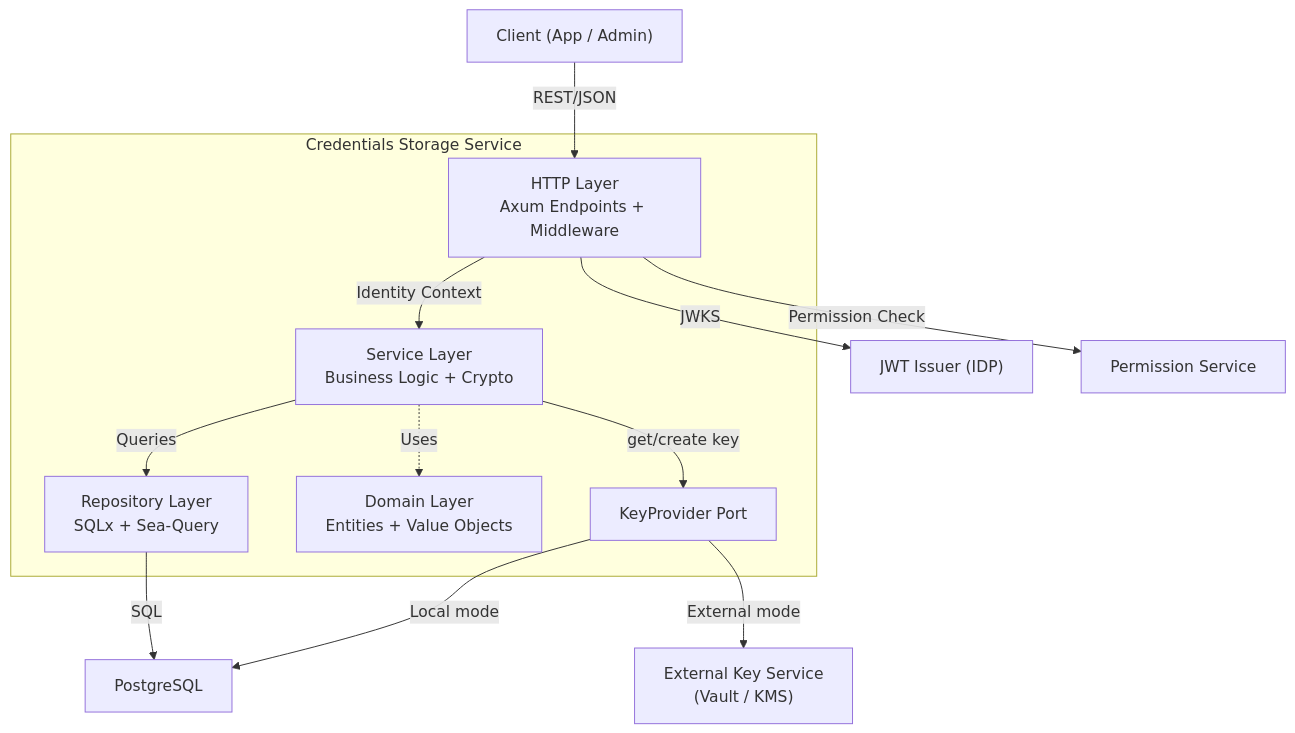
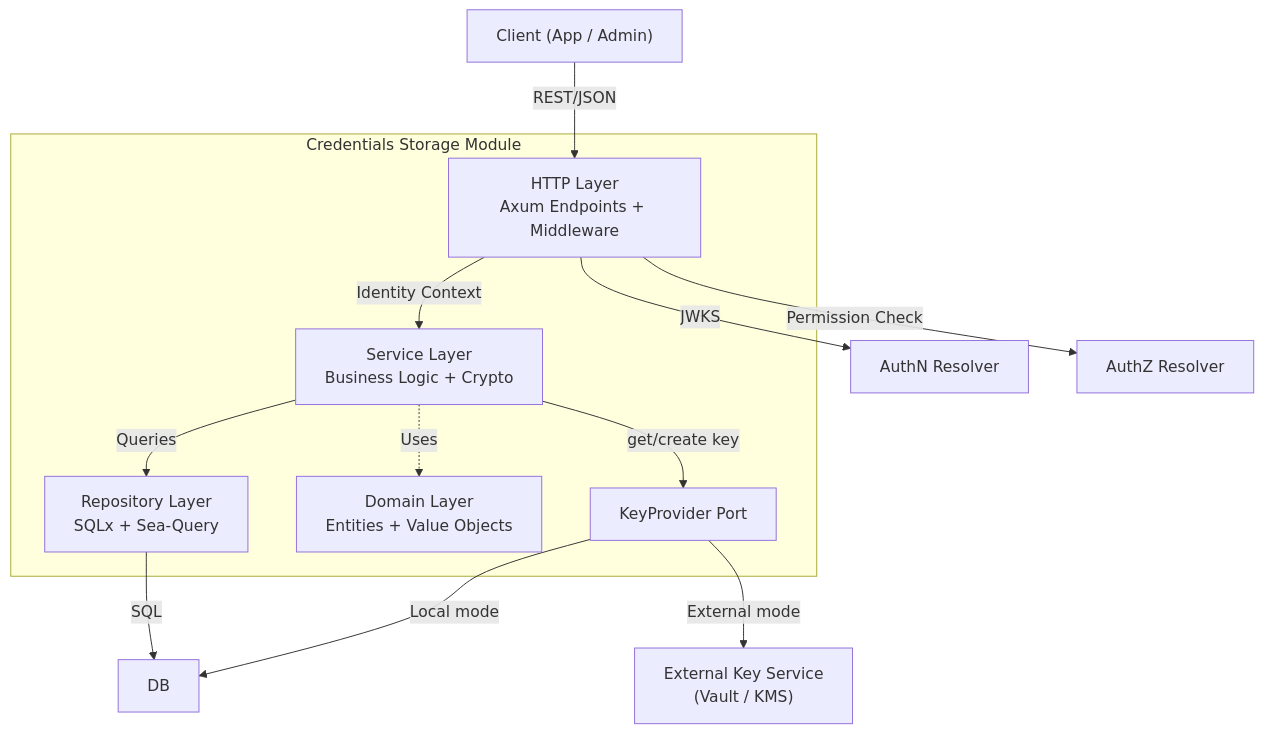
One commit to nullhypothesic/cyberfabric-core changed the first of 4 diagrams in modules/credstore/plugins/credentials-storage/DESIGN.md. Above: the diagram before and after it, drawn with Mermaid.

Commit message:
docs: adjust diagram

````diff
--- a/modules/credstore/plugins/credentials-storage/DESIGN.md
+++ b/modules/credstore/plugins/credentials-storage/DESIGN.md
@@ -72,28 +72,28 @@
 ```mermaid
 graph TB
     Client["Client (App / Admin)"]
 
-    subgraph "Credentials Storage Service"
+    subgraph "Credentials Storage Module"
         HTTP["HTTP Layer<br/>Axum Endpoints + Middleware"]
         SVC["Service Layer<br/>Business Logic + Crypto"]
         REPO["Repository Layer<br/>SQLx + Sea-Query"]
         DOM["Domain Layer<br/>Entities + Value Objects"]
         KP["KeyProvider Port"]
     end
 
-    PG["PostgreSQL"]
-    IDP["JWT Issuer (IDP)"]
-    PERM["Permission Service"]
+    DB["DB"]
+    AUTHN["AuthN Resolver"]
+    AUTHZ["AuthZ Resolver"]
     EXT_KMS["External Key Service<br/>(Vault / KMS)"]
 
     Client -->|"REST/JSON"| HTTP
     HTTP -->|"Identity Context"| SVC
     SVC -->|"Queries"| REPO
     SVC -->|"get/create key"| KP
     SVC -.->|"Uses"| DOM
-    REPO -->|"SQL"| PG
-    KP -->|"Local mode"| PG
+    REPO -->|"SQL"| DB
+    KP -->|"Local mode"| DB
     KP -->|"External mode"| EXT_KMS
-    HTTP -->|"JWKS"| IDP
-    HTTP -->|"Permission Check"| PERM
+    HTTP -->|"JWKS"| AUTHN
+    HTTP -->|"Permission Check"| AUTHZ
 ```
````
